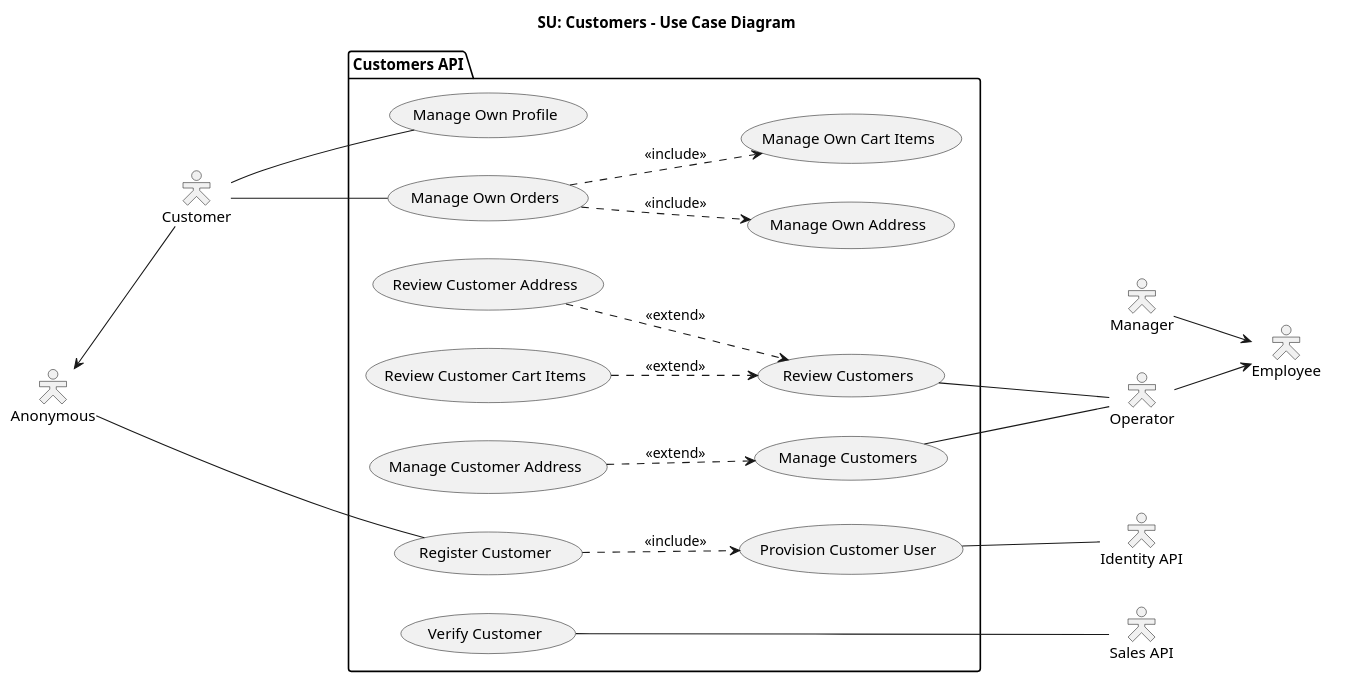
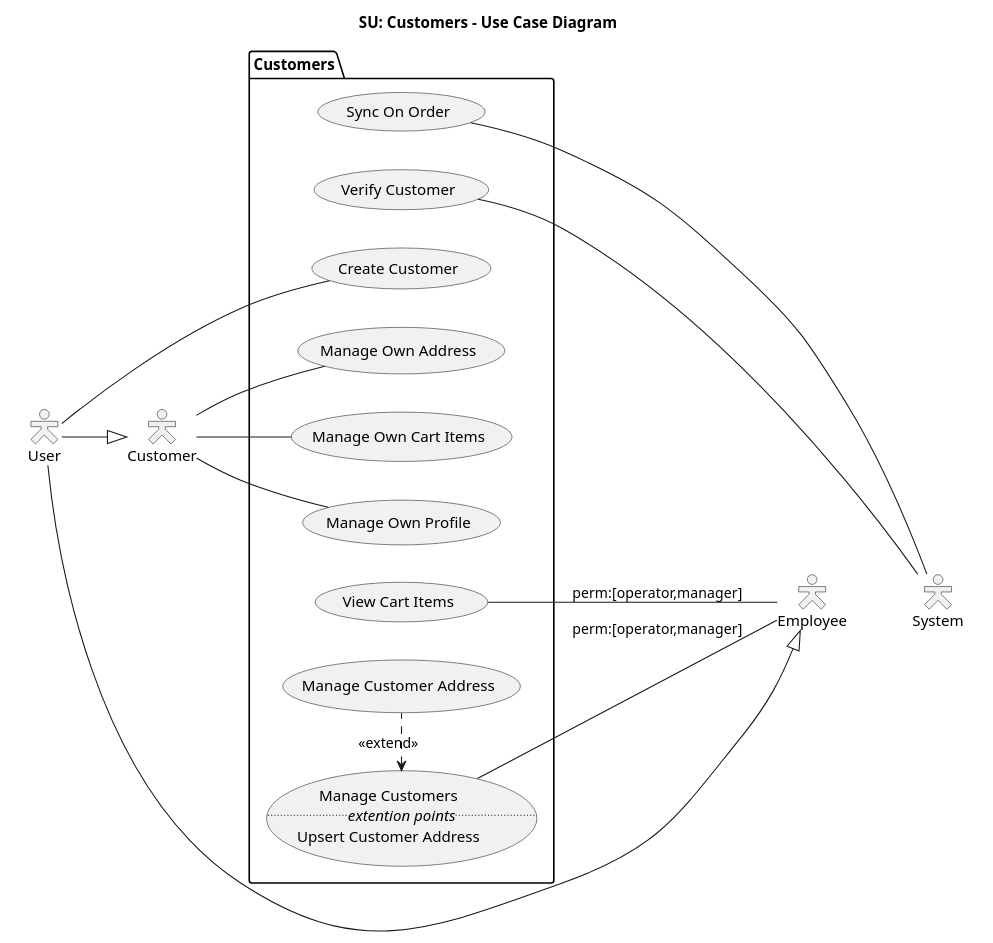
Before and after one commit to draganovik/matterway: the diagram in docs/SU Customers - Use Case Diagram.puml, drawn with PlantUML. The commit also changed 3 other files, not shown here.

First line of the commit message:
Refactor use-case diagrams and actors

```diff
--- a/docs/SU Customers - Use Case Diagram.puml
+++ b/docs/SU Customers - Use Case Diagram.puml
@@ -1,59 +1,48 @@
 @startuml SUCustomersUseCaseDiagram
 title SU: Customers - Use Case Diagram
 left to right direction
 skinparam shadowing false
 skinparam actorStyle hollow
 
-actor :Anonymous: as anon
-actor :Customer: as csmr
-anon <-- csmr
-
 rectangle #line:transparent {
-  actor :Employee: as empl
-  actor :Manager: as mngr
-  actor :Operator: as oprt
+  actor user as "User"
+  actor csmr as "Customer"
 }
-oprt --> empl
-mngr --> empl
-
 rectangle #line:transparent {
-  actor "Identity API" as idApi
-  actor "Sales API" as salesApi
+  actor empl as "Employee"
+  actor sysm as "System"
+  empl -[hidden]- sysm
 }
 
-package "Customers API" {
-  usecase "Register Customer" as registerCustomer
+user --|> csmr
+user --|> empl
 
-  usecase "Manage Own Profile" as manageOwnProfile
-  usecase "Manage Own Address" as manageOwnAddress
-  usecase "Manage Own Cart Items" as manageOwnCartItems
-  usecase "Manage Own Orders" as manageOwnOrders
+package "Customers" {
+  usecase createCustomer as "Create Customer"
+  usecase manageOwnProfile as "Manage Own Profile"
+  usecase manageOwnAddress as "Manage Own Address"
+  usecase manageOwnCartItems as "Manage Own Cart Items"
 
-  usecase "Review Customers" as reviewCustomers
-  usecase "Review Customer Address" as reviewCustomerAddress
-  usecase "Review Customer Cart Items" as reviewCustomerCartItems
-  usecase "Manage Customers" as manageCustomers
-  usecase "Manage Customer Address" as manageCustomerAddress
+  usecase syncOnOrder as "Sync On Order"
+  usecase verifyCustomer as "Verify Customer"
 
-  usecase "Provision Customer User" as provisionCustomerUser
-  usecase "Verify Customer" as verifyCustomer
 
-  registerCustomer ..> provisionCustomerUser : <<include>>
-  manageOwnOrders ..> manageOwnCartItems : <<include>>
-  manageOwnOrders ..> manageOwnAddress : <<include>>
-  reviewCustomerAddress ..> reviewCustomers : <<extend>>
-  reviewCustomerCartItems ..> reviewCustomers : <<extend>>
-  manageCustomerAddress ..> manageCustomers : <<extend>>
+  usecase viewCartItems as "View Cart Items"
+  usecase manageCustomers as "Manage Customers
+                              ..<i>extention points</i>..
+                              Upsert Customer Address"
+  usecase manageCustomerAddress as "Manage Customer Address"
+  manageCustomerAddress .left.> manageCustomers : <<extend>>
 }
 
-anon --- registerCustomer
+user -- createCustomer
+csmr -- manageOwnProfile
+csmr -- manageOwnAddress
+csmr -- manageOwnCartItems
 
-csmr --- manageOwnProfile
-csmr --- manageOwnOrders
+syncOnOrder -- sysm
+verifyCustomer -- sysm
 
-reviewCustomers --- oprt
-manageCustomers --- oprt
-
-provisionCustomerUser --- idApi
-verifyCustomer --- salesApi
+manageCustomers -- empl : perm:[operator,manager]
+viewCartItems -- empl : perm:[operator,manager]
 @enduml
```
